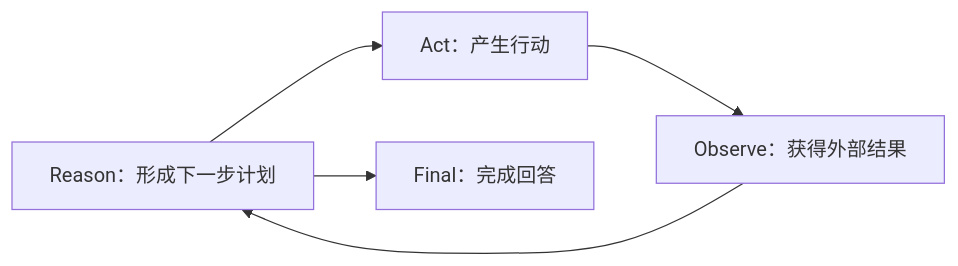
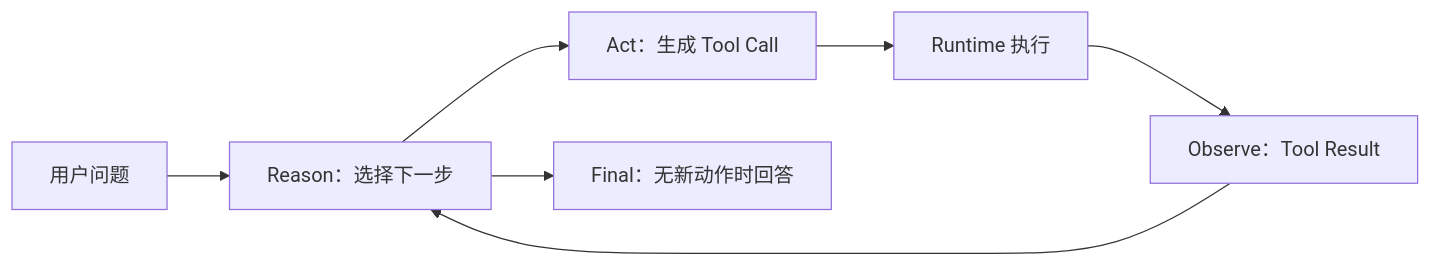
The diagram in ai-agent-learning/03-agent-loop/react.mdx (coolerks/pi-lean), drawn with Mermaid before and after one commit. The commit also changed other lines of this file and 135 other files, not shown here.

````diff
--- a/ai-agent-learning/03-agent-loop/react.mdx
+++ b/ai-agent-learning/03-agent-loop/react.mdx
@@ -12,7 +63,9 @@
 ```mermaid
 flowchart LR
-    R[Reason：形成下一步计划] --> A[Act：产生行动]
-    A --> O[Observe：获得外部结果]
+    Q[用户问题] --> R[Reason：选择下一步]
+    R --> A[Act：生成 Tool Call]
+    A --> X[Runtime 执行]
+    X --> O[Observe：Tool Result]
     O --> R
-    R --> F[Final：完成回答]
+    R --> F[Final：无新动作时回答]
 ```
````
